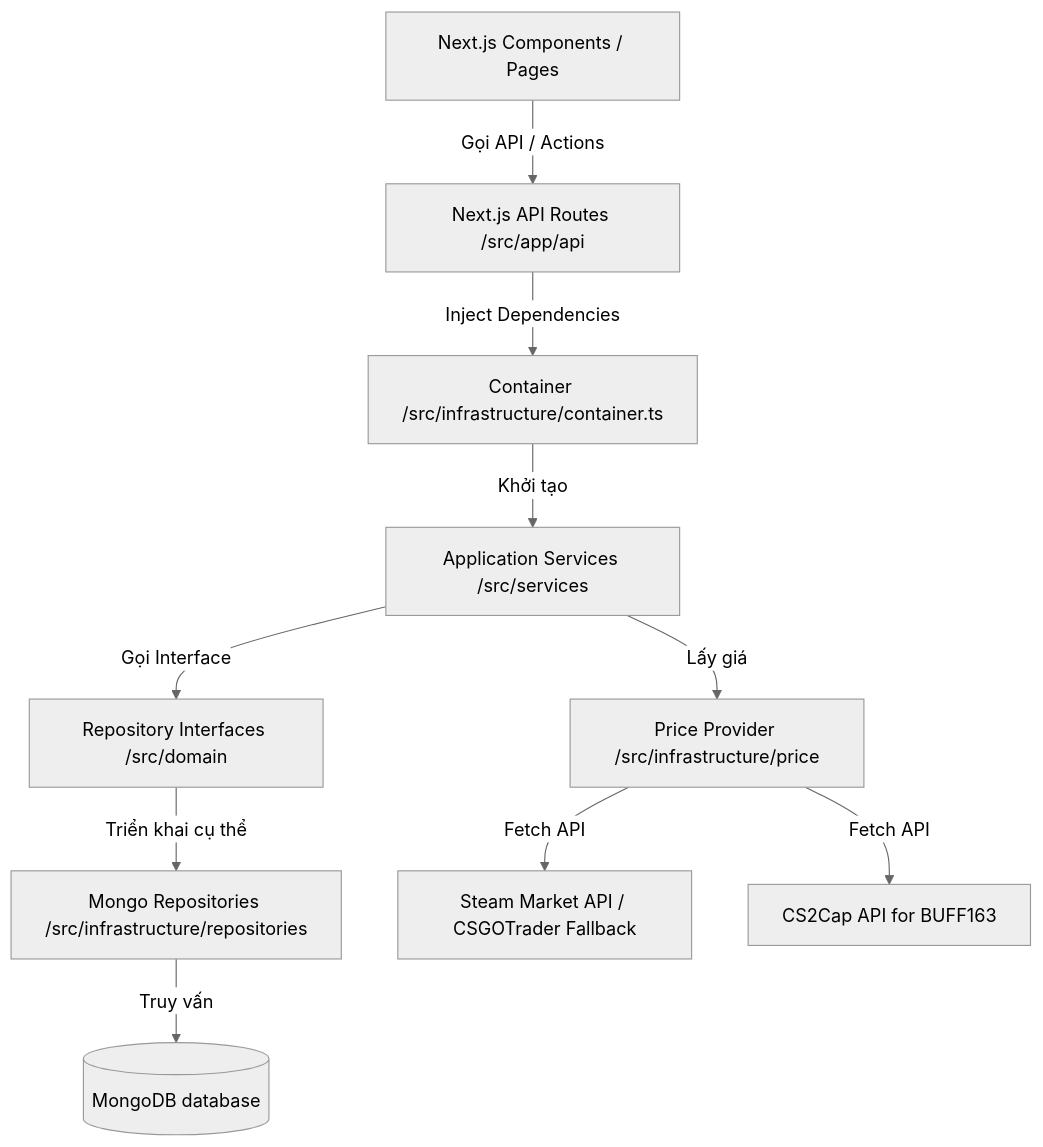
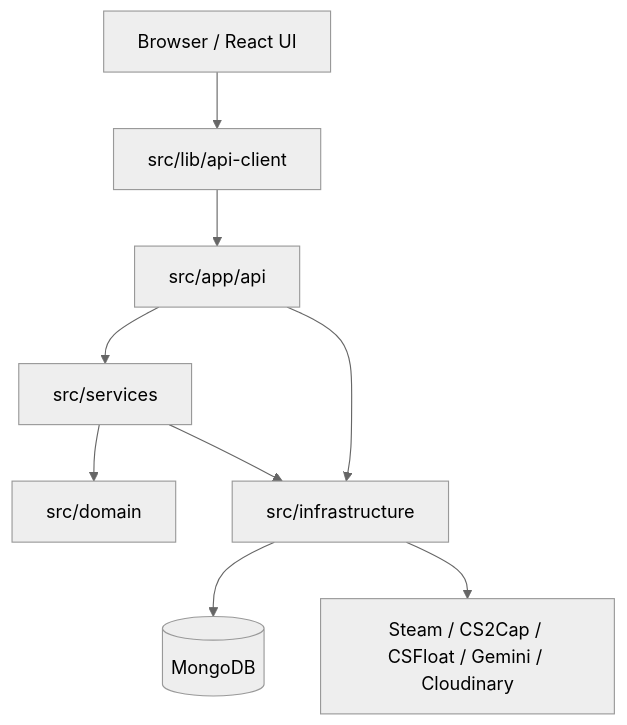
Before and after one commit to fumodayo/cs2-tracking: the first of 5 diagrams in docs/ARCHITECTURE.md, drawn with Mermaid (neutral theme). The commit also changed other lines of this file and 38 other files, not shown here.

````diff
--- a/docs/ARCHITECTURE.md
+++ b/docs/ARCHITECTURE.md
@@ -11,12 +16,11 @@
 ```mermaid
-graph TD
-    UI[Next.js Components / Pages] --> |Gọi API / Actions| API[Next.js API Routes /src/app/api]
-    API --> |Inject Dependencies| Container[Container /src/infrastructure/container.ts]
-    Container --> |Khởi tạo| Services[Application Services /src/services]
-    Services --> |Gọi Interface| RepoInterface[Repository Interfaces /src/domain]
-    RepoInterface --> |Triển khai cụ thể| RepoImpl[Mongo Repositories /src/infrastructure/repositories]
-    RepoImpl --> |Truy vấn| DB[(MongoDB database)]
-    Services --> |Lấy giá| PriceProvider[Price Provider /src/infrastructure/price]
-    PriceProvider --> |Fetch API| Steam[Steam Market API / CSGOTrader Fallback]
-    PriceProvider --> |Fetch API| CS2Cap[CS2Cap API for BUFF163]
+flowchart TD
+    Browser["Browser / React UI"] --> ClientApi["src/lib/api-client"]
+    ClientApi --> ApiRoutes["src/app/api"]
+    ApiRoutes --> Services["src/services"]
+    Services --> Domain["src/domain"]
+    Services --> Infrastructure["src/infrastructure"]
+    Infrastructure --> Mongo[("MongoDB")]
+    Infrastructure --> External["Steam / CS2Cap / CSFloat / Gemini / Cloudinary"]
+    ApiRoutes --> Infrastructure
 ```
````
